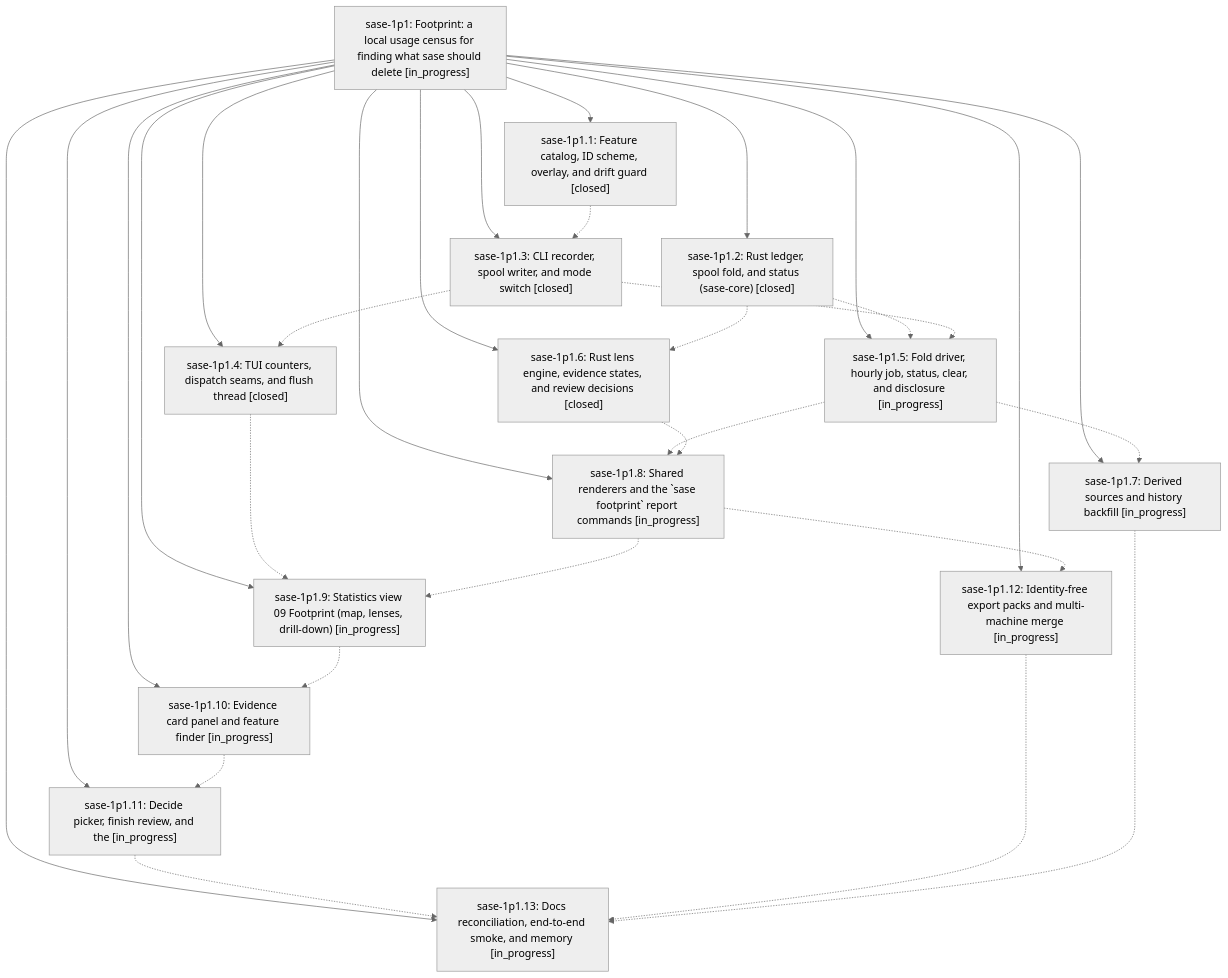
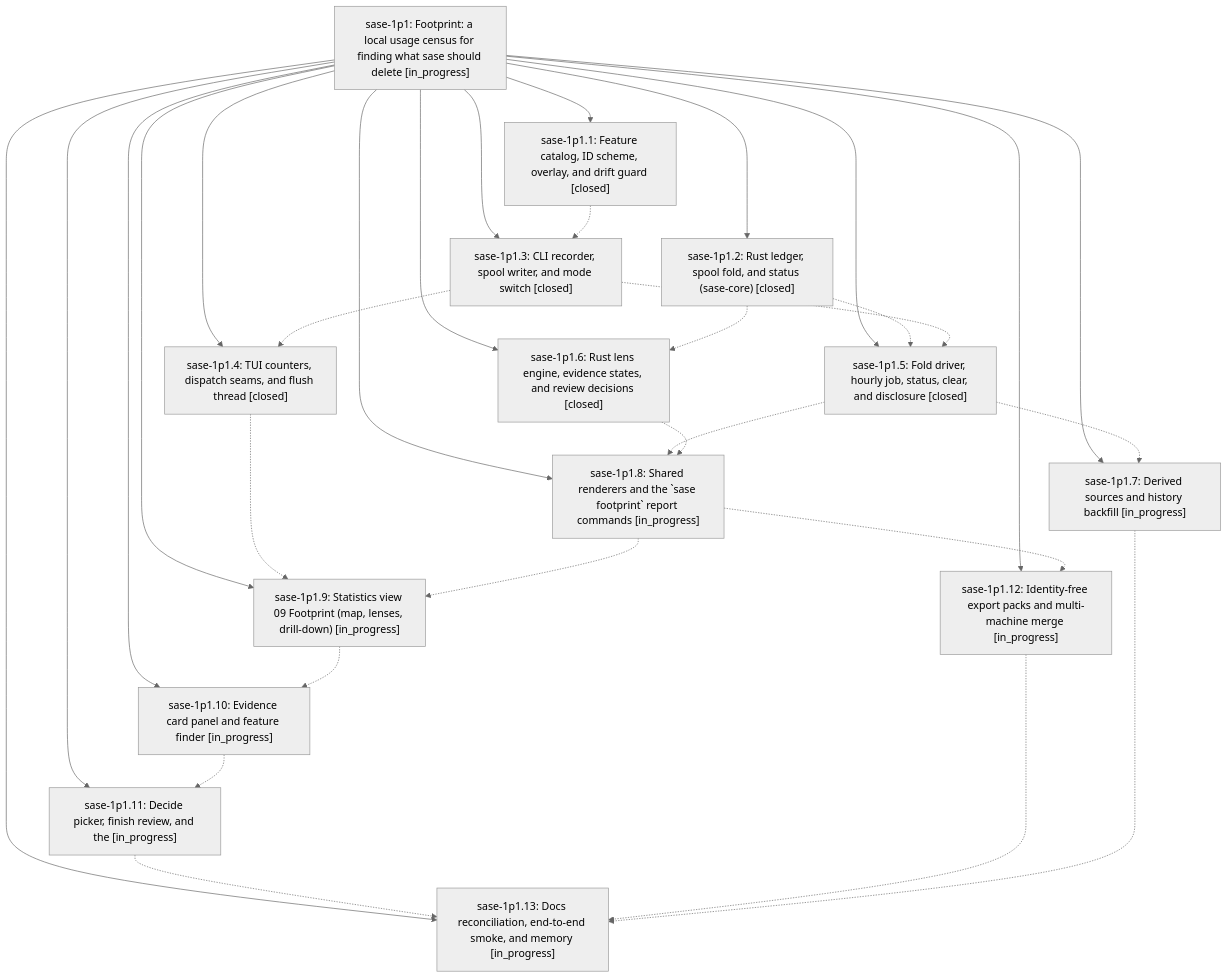
The diagram in pages/sase-1p1/README.md (sase-org/sase--beads), drawn with Mermaid (neutral theme) before and after one commit. The commit also changed other lines of this file and 6 other files, not shown here.

````diff
--- a/pages/sase-1p1/README.md
+++ b/pages/sase-1p1/README.md
@@ -57,46 +57,46 @@
 ```mermaid
 flowchart TD
     n0["sase-1p1: Footprint: a local usage census for finding what sase should delete [in_progress]"]
     n1["sase-1p1.1: Feature catalog, ID scheme, overlay, and drift guard [closed]"]
     n2["sase-1p1.10: Evidence card panel and feature finder [in_progress]"]
     n3["sase-1p1.11: Decide picker, finish review, and the [in_progress]"]
     n4["sase-1p1.12: Identity-free export packs and multi-machine merge [in_progress]"]
     n5["sase-1p1.13: Docs reconciliation, end-to-end smoke, and memory [in_progress]"]
     n6["sase-1p1.2: Rust ledger, spool fold, and status (sase-core) [closed]"]
     n7["sase-1p1.3: CLI recorder, spool writer, and mode switch [closed]"]
     n8["sase-1p1.4: TUI counters, dispatch seams, and flush thread [closed]"]
-    n9["sase-1p1.5: Fold driver, hourly job, status, clear, and disclosure [in_progress]"]
+    n9["sase-1p1.5: Fold driver, hourly job, status, clear, and disclosure [closed]"]
     n10["sase-1p1.6: Rust lens engine, evidence states, and review decisions [closed]"]
     n11["sase-1p1.7: Derived sources and history backfill [in_progress]"]
     n12["sase-1p1.8: Shared renderers and the `sase footprint` report commands [in_progress]"]
     n13["sase-1p1.9: Statistics view 09 Footprint (map, lenses, drill-down) [in_progress]"]
     n0 --> n1
     n0 --> n2
     n0 --> n3
     n0 --> n4
     n0 --> n5
     n0 --> n6
     n0 --> n7
     n0 --> n8
     n0 --> n9
     n0 --> n10
     n0 --> n11
     n0 --> n12
     n0 --> n13
     n1 -.-> n7
     n2 -.-> n3
     n3 -.-> n5
     n4 -.-> n5
     n6 -.-> n9
     n6 -.-> n10
     n7 -.-> n8
     n7 -.-> n9
     n8 -.-> n13
     n9 -.-> n11
     n9 -.-> n12
     n10 -.-> n12
     n11 -.-> n5
     n12 -.-> n4
     n12 -.-> n13
     n13 -.-> n2
 ```
````
